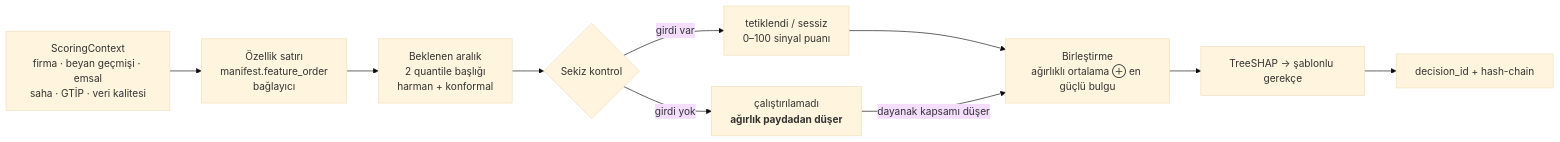
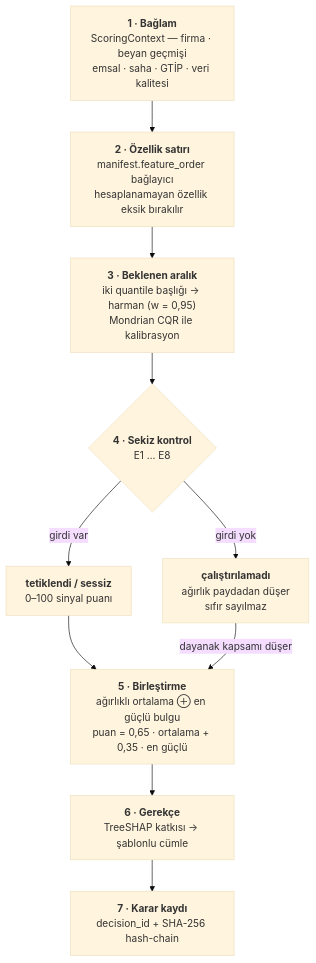
One commit to eminroot/sifiratik changed the diagram in README.md. Above: the diagram before and after it, drawn with Mermaid (base theme). The commit also changed other lines of this file and 1 other file, not shown here.

Commit message:
Puanlama diyagramını dikey yap
Yedi adımlık akış yatay (LR) çiziliyordu; GitHub bunu sayfa genişliğine
sığdırmak için küçültüyor ve kutulardaki metin okunmaz hale geliyordu.
Dikey (TD) düzende her adım tam boyda çiziliyor, dallanma da yan yana
kalıyor. Adımlar ayrıca numaralandı ve harman formülü kutuya yazıldı.

Depo adı zerowaste olarak değiştiği için CI rozeti ve dizin ağacındaki
kök klasör adı da güncellendi.

````diff
--- a/README.md
+++ b/README.md
@@ -170,12 +170,19 @@
 ```mermaid
-flowchart LR
-    A["ScoringContext<br/>firma · beyan geçmişi · emsal<br/>saha · GTİP · veri kalitesi"] --> B["Özellik satırı<br/>manifest.feature_order<br/>bağlayıcı"]
-    B --> C["Beklenen aralık<br/>2 quantile başlığı<br/>harman + konformal"]
-    C --> D{"Sekiz kontrol"}
-    D -->|"girdi var"| E["tetiklendi / sessiz<br/>0–100 sinyal puanı"]
-    D -->|"girdi yok"| F["çalıştırılamadı<br/><b>ağırlık paydadan düşer</b>"]
-    E --> G["Birleştirme<br/>ağırlıklı ortalama ⊕ en güçlü bulgu"]
+flowchart TD
+    A["<b>1 · Bağlam</b><br/>ScoringContext — firma · beyan geçmişi<br/>emsal · saha · GTİP · veri kalitesi"]
+    B["<b>2 · Özellik satırı</b><br/>manifest.feature_order bağlayıcı<br/>hesaplanamayan özellik eksik bırakılır"]
+    C["<b>3 · Beklenen aralık</b><br/>iki quantile başlığı → harman (w = 0,95)<br/>Mondrian CQR ile kalibrasyon"]
+    D{"<b>4 · Sekiz kontrol</b><br/>E1 … E8"}
+    E["<b>tetiklendi / sessiz</b><br/>0–100 sinyal puanı"]
+    F["<b>çalıştırılamadı</b><br/>ağırlık paydadan düşer<br/>sıfır sayılmaz"]
+    G["<b>5 · Birleştirme</b><br/>ağırlıklı ortalama ⊕ en güçlü bulgu<br/>puan = 0,65 · ortalama + 0,35 · en güçlü"]
+    H["<b>6 · Gerekçe</b><br/>TreeSHAP katkısı → şablonlu cümle"]
+    I["<b>7 · Karar kaydı</b><br/>decision_id + SHA-256 hash-chain"]
+
+    A --> B --> C --> D
+    D -->|"girdi var"| E
+    D -->|"girdi yok"| F
+    E --> G
     F -->|"dayanak kapsamı düşer"| G
-    G --> H["TreeSHAP → şablonlu gerekçe"]
-    H --> I["decision_id + hash-chain"]
+    G --> H --> I
 ```
````
